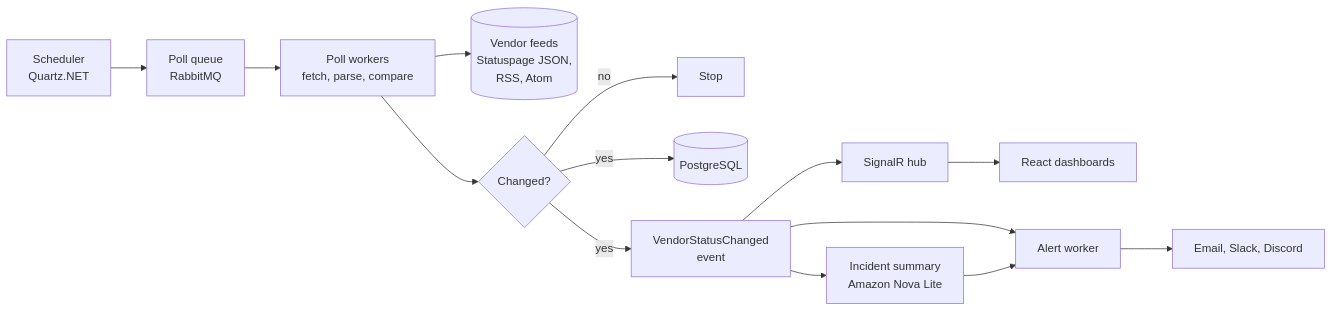
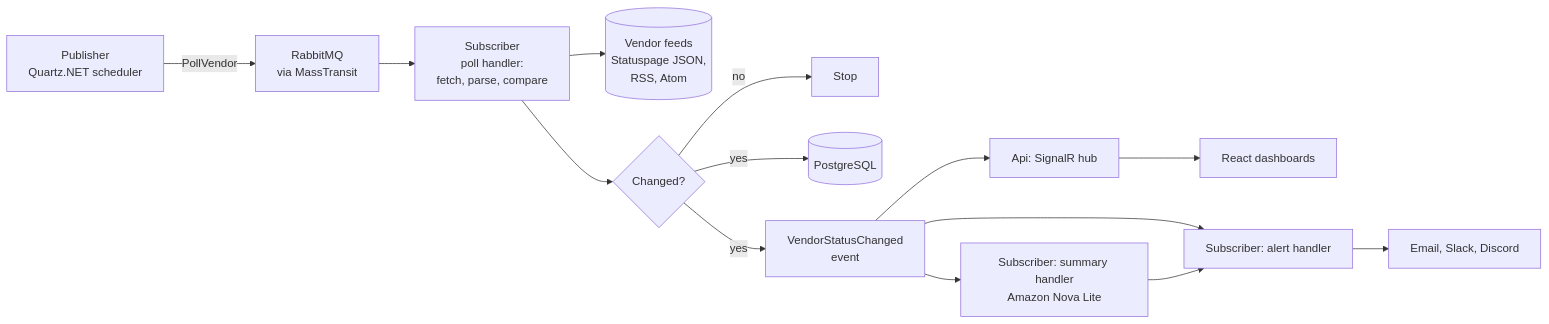
The diagram in README.md (hossem7/StatusTide), drawn with Mermaid before and after one commit. The commit also changed other lines of this file and 61 other files, not shown here.

````diff
--- a/README.md
+++ b/README.md
@@ -22,14 +24,14 @@
 ```mermaid
 flowchart LR
-  S[Scheduler<br/>Quartz.NET] --> Q[Poll queue<br/>RabbitMQ]
-  Q --> W[Poll workers<br/>fetch, parse, compare]
-  W --> F[(Vendor feeds<br/>Statuspage JSON,<br/>RSS, Atom)]
-  W --> C{Changed?}
+  P[Publisher<br/>Quartz.NET scheduler] -- PollVendor --> Q[RabbitMQ<br/>via MassTransit]
+  Q --> S[Subscriber<br/>poll handler:<br/>fetch, parse, compare]
+  S --> F[(Vendor feeds<br/>Statuspage JSON,<br/>RSS, Atom)]
+  S --> C{Changed?}
   C -- no --> X[Stop]
   C -- yes --> DB[(PostgreSQL)]
   C -- yes --> E[VendorStatusChanged<br/>event]
-  E --> H[SignalR hub] --> D[React dashboards]
-  E --> AI[Incident summary<br/>Amazon Nova Lite]
-  E --> A[Alert worker] --> I[Email, Slack, Discord]
+  E --> H[Api: SignalR hub] --> D[React dashboards]
+  E --> AI[Subscriber: summary handler<br/>Amazon Nova Lite]
+  E --> A[Subscriber: alert handler] --> I[Email, Slack, Discord]
   AI --> A
 ```
````
